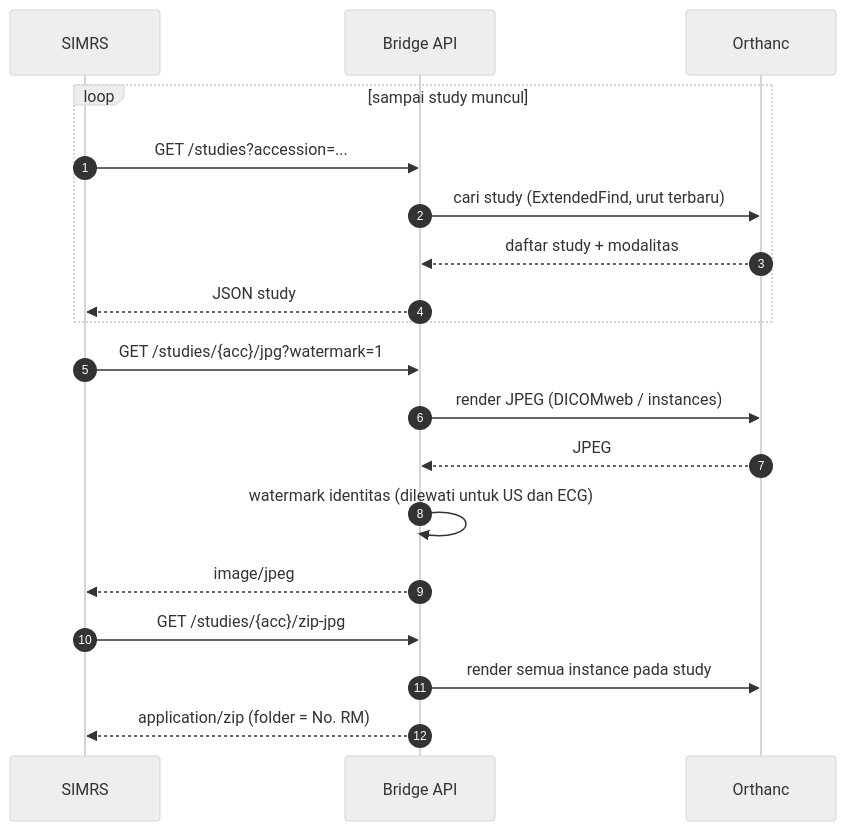
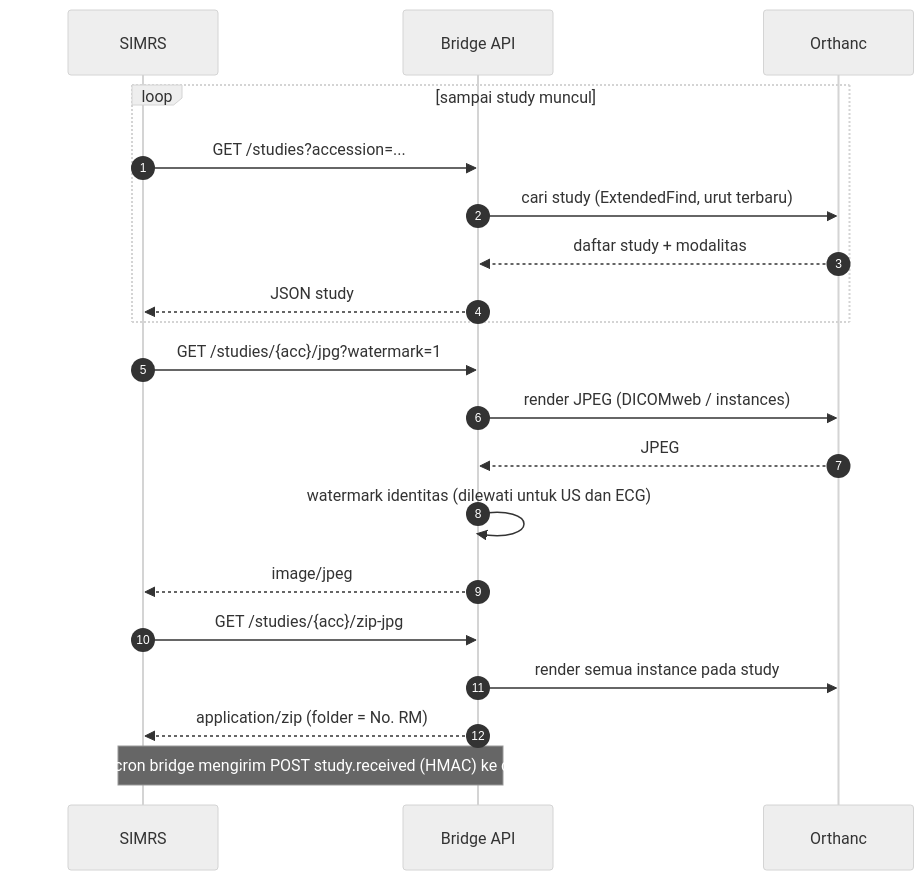
Before and after one commit to imamw95-crb/pacs-bridge-API: the third of 3 diagrams in README.md, drawn with Mermaid (neutral theme). The commit also changed other lines of this file and 19 other files, not shown here.

First line of the commit message:
feat: idempotent order, status order, error codes, audit log, callback study

````diff
--- a/README.md
+++ b/README.md
@@ -84,22 +87,23 @@
 ```mermaid
 sequenceDiagram
     autonumber
     participant S as SIMRS
     participant B as Bridge API
     participant O as Orthanc
 
     loop sampai study muncul
         S->>B: GET /studies?accession=...
         B->>O: cari study (ExtendedFind, urut terbaru)
         O-->>B: daftar study + modalitas
         B-->>S: JSON study
     end
     S->>B: GET /studies/{acc}/jpg?watermark=1
     B->>O: render JPEG (DICOMweb / instances)
     O-->>B: JPEG
     B->>B: watermark identitas (dilewati untuk US dan ECG)
     B-->>S: image/jpeg
     S->>B: GET /studies/{acc}/zip-jpg
     B->>O: render semua instance pada study
     B-->>S: application/zip (folder = No. RM)
+    Note over B,S: Tanpa polling: cron bridge mengirim POST study.received (HMAC) ke callback SIMRS
 ```
````
